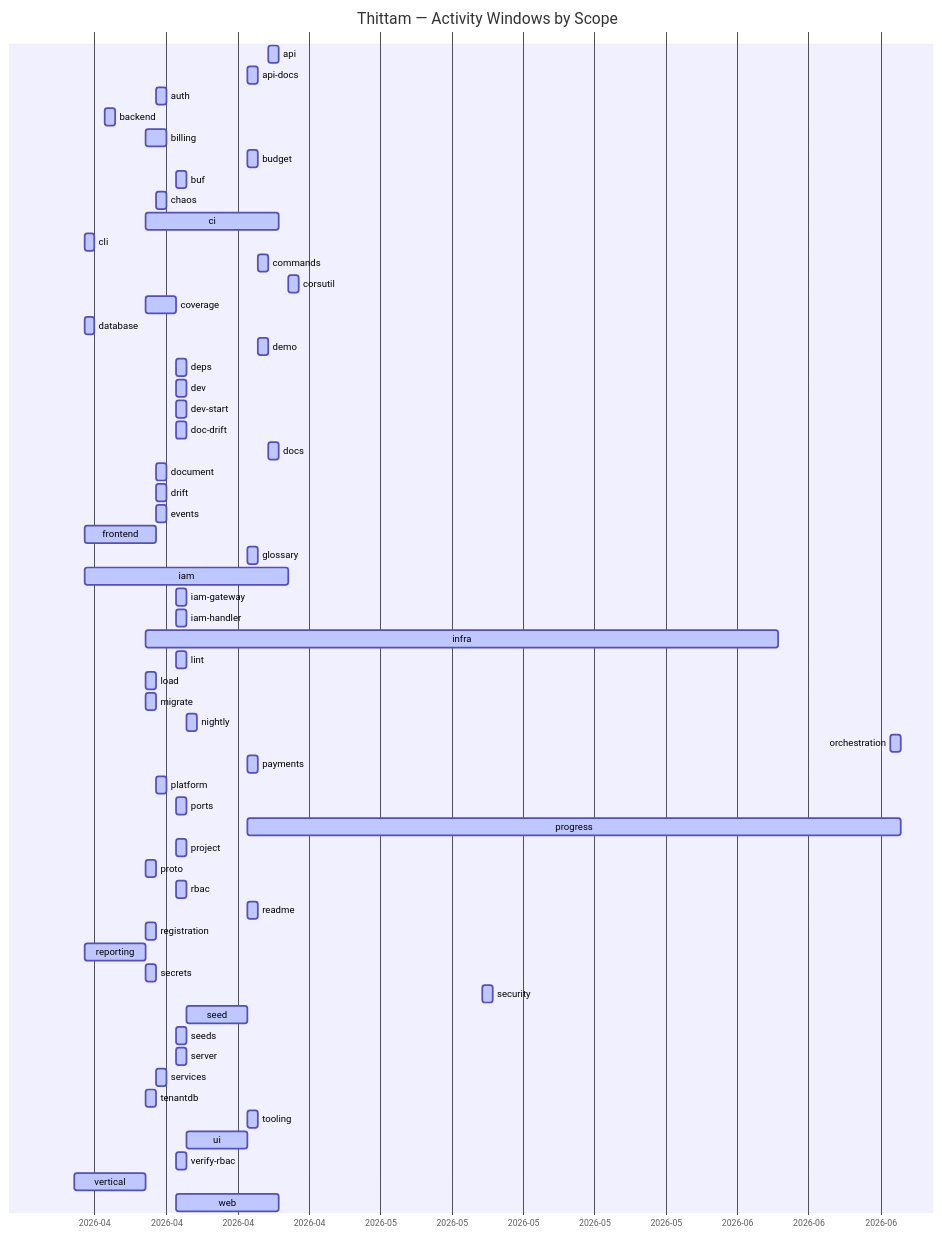
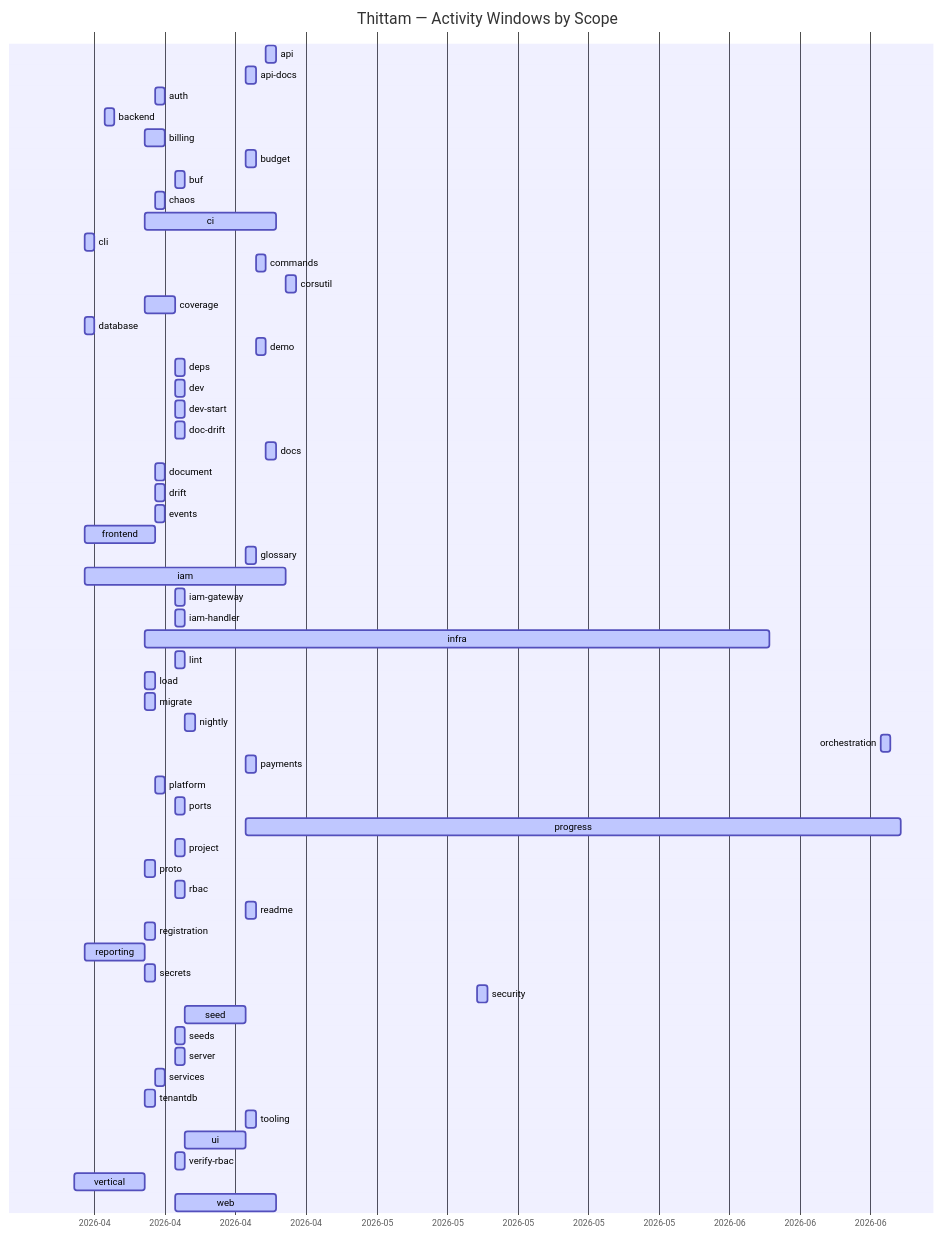
The diagram in docs/PROGRESS.md (wegofwd2020-hub/thittam), drawn with Mermaid before and after one commit. The commit also changed other lines of this file and 1 other file, not shown here.

Commit message:
chore(progress): nightly update of docs/PROGRESS.md + CSVs

````diff
--- a/docs/PROGRESS.md
+++ b/docs/PROGRESS.md
@@ -9,62 +9,62 @@
 ```mermaid
 gantt
     title Thittam — Activity Windows by Scope
     dateFormat YYYY-MM-DD
     axisFormat %Y-%m
     api                :active, s_api, 2026-04-22, 2026-04-23
     api-docs           :active, s_api_docs, 2026-04-20, 2026-04-21
     auth               :active, s_auth, 2026-04-11, 2026-04-12
     backend            :active, s_backend, 2026-04-06, 2026-04-07
     billing            :active, s_billing, 2026-04-10, 2026-04-12
     budget             :active, s_budget, 2026-04-20, 2026-04-21
     buf                :active, s_buf, 2026-04-13, 2026-04-14
     chaos              :active, s_chaos, 2026-04-11, 2026-04-12
     ci                 :active, s_ci, 2026-04-10, 2026-04-23
     cli                :active, s_cli, 2026-04-04, 2026-04-05
     commands           :active, s_commands, 2026-04-21, 2026-04-22
     corsutil           :active, s_corsutil, 2026-04-24, 2026-04-25
     coverage           :active, s_coverage, 2026-04-10, 2026-04-13
     database           :active, s_database, 2026-04-04, 2026-04-05
     demo               :active, s_demo, 2026-04-21, 2026-04-22
     deps               :active, s_deps, 2026-04-13, 2026-04-14
     dev                :active, s_dev, 2026-04-13, 2026-04-14
     dev-start          :active, s_dev_start, 2026-04-13, 2026-04-14
     doc-drift          :active, s_doc_drift, 2026-04-13, 2026-04-14
     docs               :active, s_docs, 2026-04-22, 2026-04-23
     document           :active, s_document, 2026-04-11, 2026-04-12
     drift              :active, s_drift, 2026-04-11, 2026-04-12
     events             :active, s_events, 2026-04-11, 2026-04-12
     frontend           :active, s_frontend, 2026-04-04, 2026-04-11
     glossary           :active, s_glossary, 2026-04-20, 2026-04-21
     iam                :active, s_iam, 2026-04-04, 2026-04-24
     iam-gateway        :active, s_iam_gateway, 2026-04-13, 2026-04-14
     iam-handler        :active, s_iam_handler, 2026-04-13, 2026-04-14
     infra              :active, s_infra, 2026-04-10, 2026-06-11
     lint               :active, s_lint, 2026-04-13, 2026-04-14
     load               :active, s_load, 2026-04-10, 2026-04-11
     migrate            :active, s_migrate, 2026-04-10, 2026-04-11
     nightly            :active, s_nightly, 2026-04-14, 2026-04-15
     orchestration      :active, s_orchestration, 2026-06-22, 2026-06-23
     payments           :active, s_payments, 2026-04-20, 2026-04-21
     platform           :active, s_platform, 2026-04-11, 2026-04-12
     ports              :active, s_ports, 2026-04-13, 2026-04-14
-    progress           :active, s_progress, 2026-04-20, 2026-06-23
+    progress           :active, s_progress, 2026-04-20, 2026-06-24
     project            :active, s_project, 2026-04-13, 2026-04-14
     proto              :active, s_proto, 2026-04-10, 2026-04-11
     rbac               :active, s_rbac, 2026-04-13, 2026-04-14
     readme             :active, s_readme, 2026-04-20, 2026-04-21
     registration       :active, s_registration, 2026-04-10, 2026-04-11
     reporting          :active, s_reporting, 2026-04-04, 2026-04-10
     secrets            :active, s_secrets, 2026-04-10, 2026-04-11
     security           :active, s_security, 2026-05-13, 2026-05-14
     seed               :active, s_seed, 2026-04-14, 2026-04-20
     seeds              :active, s_seeds, 2026-04-13, 2026-04-14
     server             :active, s_server, 2026-04-13, 2026-04-14
     services           :active, s_services, 2026-04-11, 2026-04-12
     tenantdb           :active, s_tenantdb, 2026-04-10, 2026-04-11
     tooling            :active, s_tooling, 2026-04-20, 2026-04-21
     ui                 :active, s_ui, 2026-04-14, 2026-04-20
     verify-rbac        :active, s_verify_rbac, 2026-04-13, 2026-04-14
     vertical           :active, s_vertical, 2026-04-03, 2026-04-10
     web                :active, s_web, 2026-04-13, 2026-04-23
 ```
````
